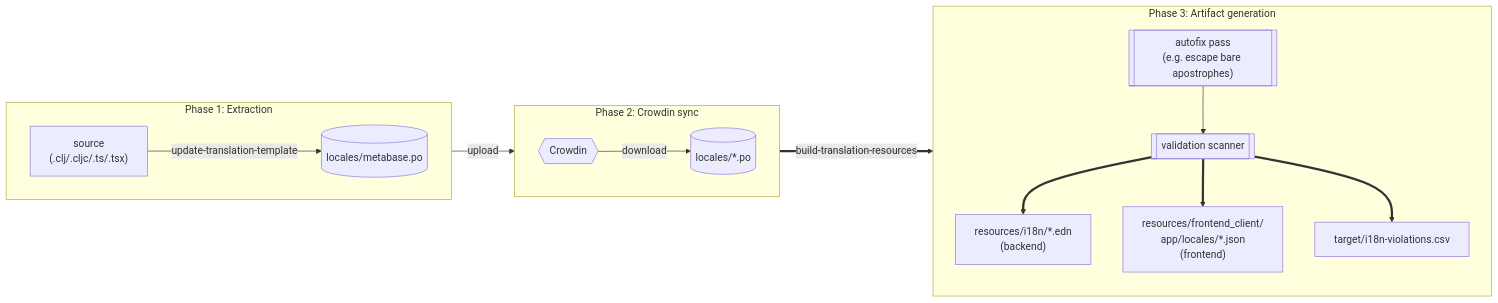
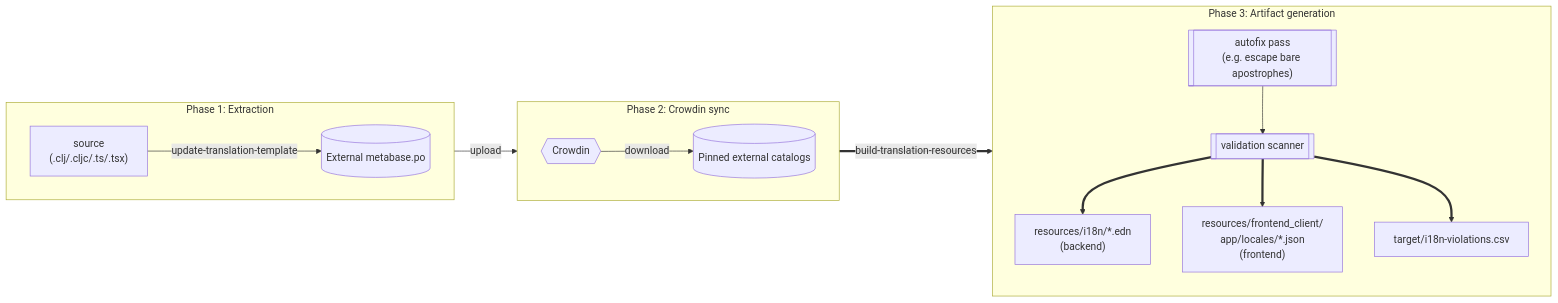
Before and after one commit to metabase/metabase: the diagram in bin/i18n/README.md, drawn with Mermaid. The commit also changed other lines of this file and 22 other files, not shown here.

````diff
--- a/bin/i18n/README.md
+++ b/bin/i18n/README.md
@@ -18,32 +76,32 @@
 ```mermaid
 flowchart LR
     subgraph Extract ["Phase 1: Extraction"]
         direction LR
         Source["source<br/>(.clj/.cljc/.ts/.tsx)"]
-        Pot[(locales/metabase.po)]
+        Pot[(External metabase.po)]
         Source -->|update-translation-template| Pot
     end
 
     subgraph Sync ["Phase 2: Crowdin sync"]
         direction LR
         Crowdin{{Crowdin}}
-        LocalePo[(locales/*.po)]
+        LocalePo[(Pinned external catalogs)]
         Crowdin -->|download| LocalePo
     end
 
     subgraph Build ["Phase 3: Artifact generation"]
         direction TB
         Autofix[["autofix pass<br/>(e.g. escape bare apostrophes)"]]
         Scanner[["validation scanner"]]
         Edn["resources/i18n/*.edn<br/>(backend)"]
         Json["resources/frontend_client/<br/>app/locales/*.json<br/>(frontend)"]
         Csv["target/i18n-violations.csv"]
         Autofix --> Scanner
         Scanner ==> Edn
         Scanner ==> Json
         Scanner ==> Csv
     end
 
     Pot -->|upload| Crowdin
     LocalePo ==>|build-translation-resources| Autofix
 ```
````
